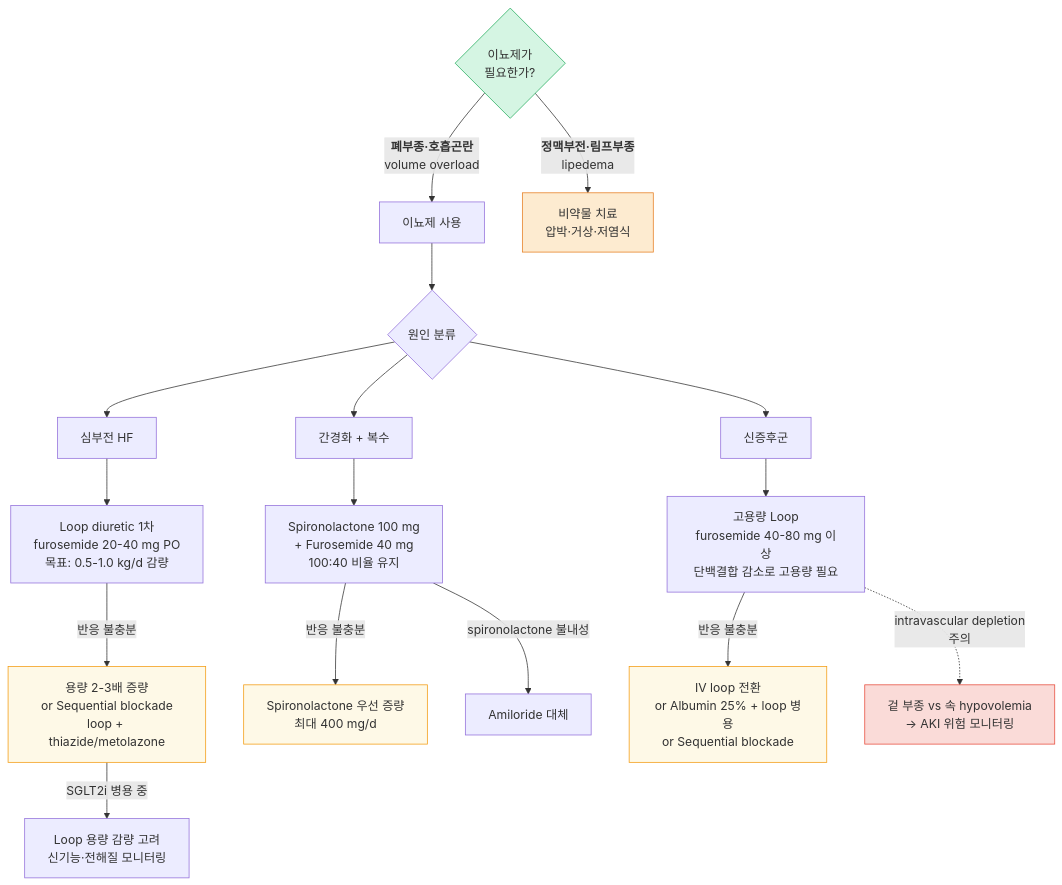
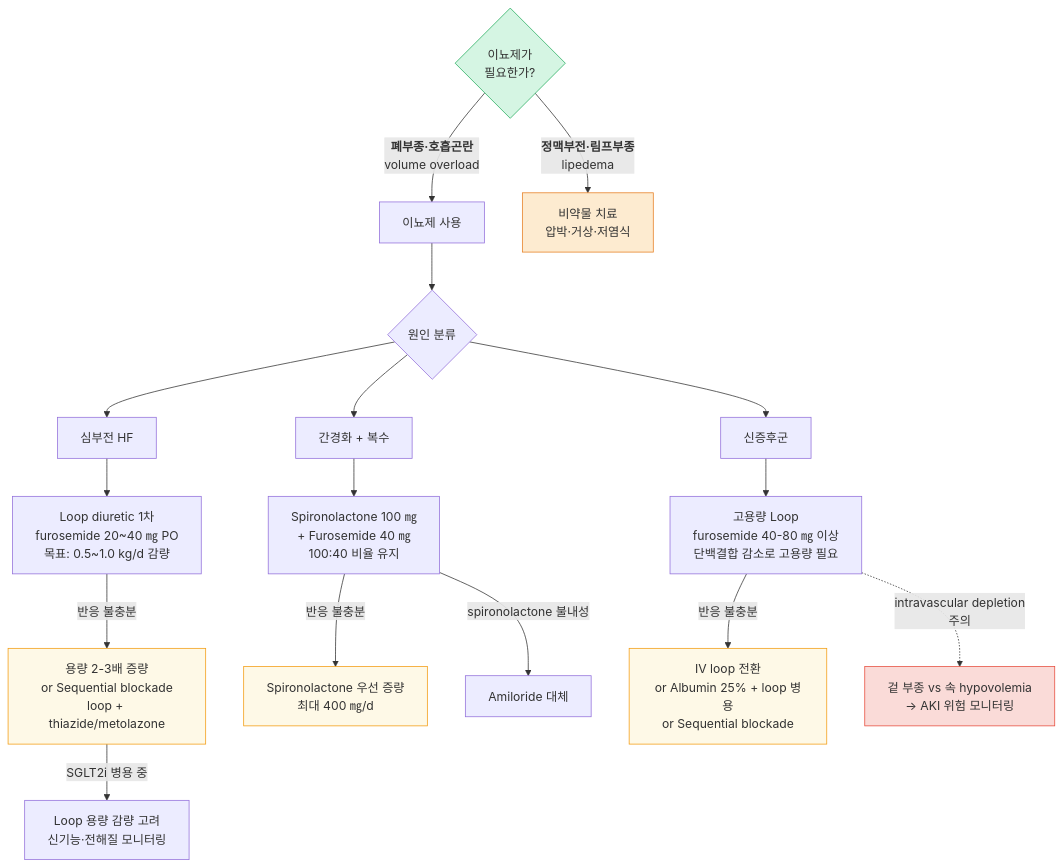
Before and after one commit to familyoh77/familyoh77: the fourth of 4 diagrams in 220_/012_-edema.md, drawn with Mermaid. The commit also changed other lines of this file, not shown here.

````diff
--- a/220_/012_-edema.md
+++ b/220_/012_-edema.md
@@ -282,30 +282,30 @@
 ```mermaid
 graph TD
     A{"이뇨제가<br/>필요한가?"}
     A -- "<b>폐부종·호흡곤란</b><br/>volume overload" --> B["이뇨제 사용"]
     A -- "<b>정맥부전·림프부종</b><br/>lipedema" --> Z["비약물 치료<br/>압박·거상·저염식"]
 
     B --> C{"원인 분류"}
     C --> HF["심부전 HF"]
     C --> CI["간경화 + 복수"]
     C --> NS["신증후군"]
 
-    HF --> HF1["Loop diuretic 1차<br/>furosemide 20-40 mg PO<br/>목표: 0.5-1.0 kg/d 감량"]
+    HF --> HF1["Loop diuretic 1차<br/>furosemide 20~40 ㎎ PO<br/>목표: 0.5~1.0 kg/d 감량"]
     HF1 -- "반응 불충분" --> HF2["용량 2-3배 증량<br/>or Sequential blockade<br/>loop + thiazide/metolazone"]
     HF2 -- "SGLT2i 병용 중" --> HF3["Loop 용량 감량 고려<br/>신기능·전해질 모니터링"]
 
-    CI --> CI1["Spironolactone 100 mg<br/>+ Furosemide 40 mg<br/>100:40 비율 유지"]
-    CI1 -- "반응 불충분" --> CI2["Spironolactone 우선 증량<br/>최대 400 mg/d"]
+    CI --> CI1["Spironolactone 100 ㎎<br/>+ Furosemide 40 ㎎<br/>100:40 비율 유지"]
+    CI1 -- "반응 불충분" --> CI2["Spironolactone 우선 증량<br/>최대 400 ㎎/d"]
     CI1 -- "spironolactone 불내성" --> CI3["Amiloride 대체"]
 
-    NS --> NS1["고용량 Loop<br/>furosemide 40-80 mg 이상<br/>단백결합 감소로 고용량 필요"]
+    NS --> NS1["고용량 Loop<br/>furosemide 40-80 ㎎ 이상<br/>단백결합 감소로 고용량 필요"]
     NS1 -- "반응 불충분" --> NS2["IV loop 전환<br/>or Albumin 25% + loop 병용<br/>or Sequential blockade"]
     NS1 -. "intravascular depletion <br/>주의" .-> NS_w["겉 부종 vs 속 hypovolemia<br/>→ AKI 위험 모니터링"]
 
     style A fill:#d5f5e3,stroke:#27ae60
     style Z fill:#fdebd0,stroke:#e67e22
     style HF2 fill:#fef9e7,stroke:#f39c12
     style CI2 fill:#fef9e7,stroke:#f39c12
     style NS2 fill:#fef9e7,stroke:#f39c12
     style NS_w fill:#fadbd8,stroke:#e74c3c
 ```
````
